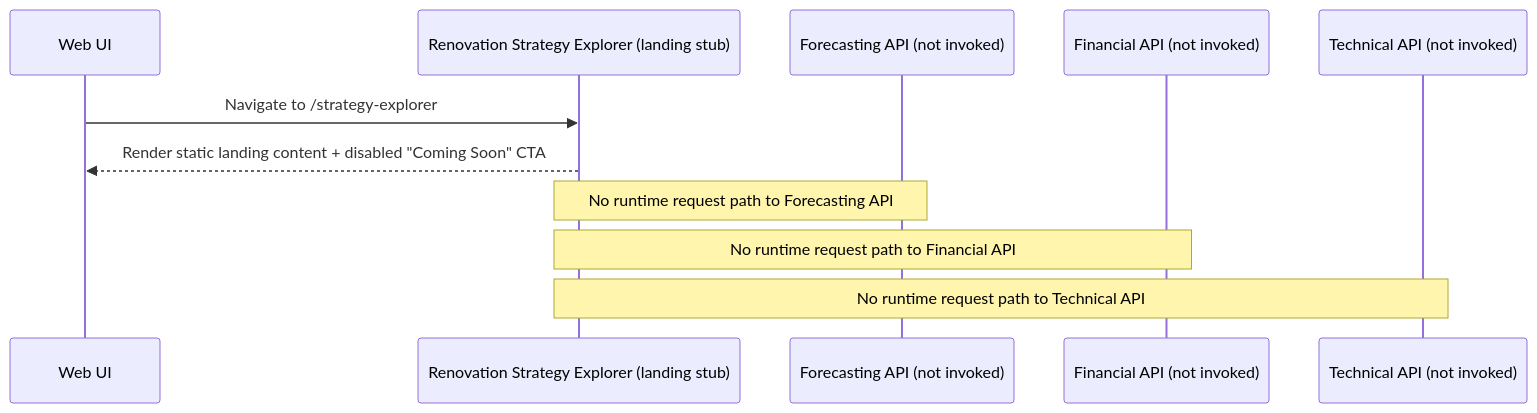
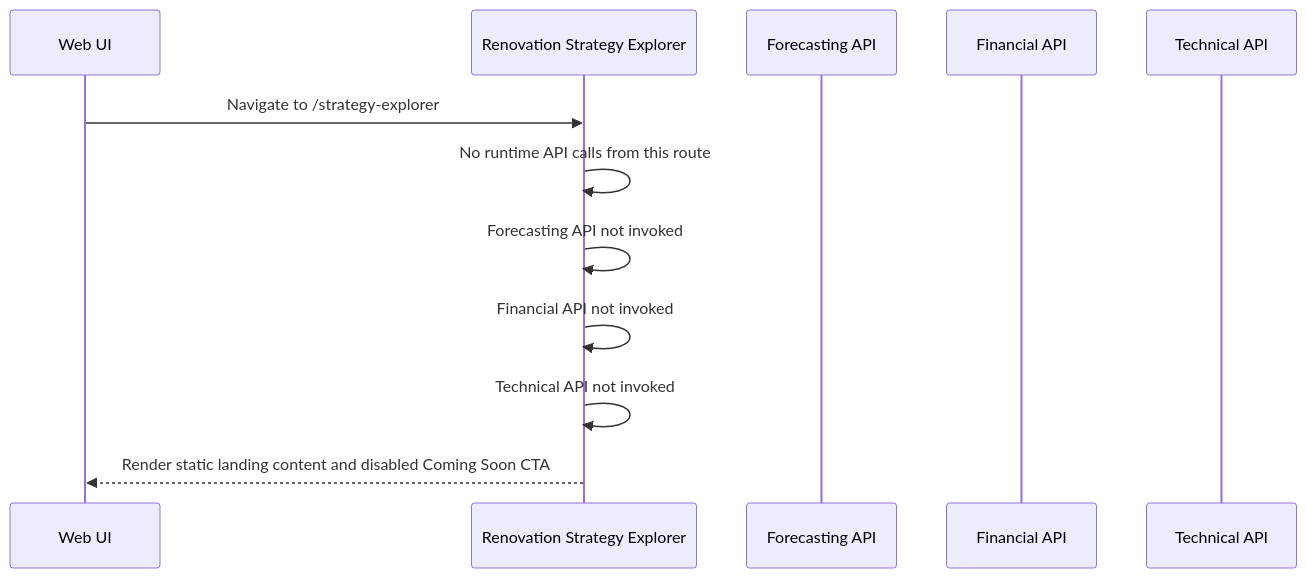
Before and after one commit to ReLIFE-Project-EU/relife-web-ui: the fifth of 6 diagrams in README.md, drawn with Mermaid. The commit also changed other lines of this file, not shown here.

Commit message:
📝 Update README to add flow diagrams

````diff
--- a/README.md
+++ b/README.md
@@ -99,14 +177,15 @@
 ```mermaid
 sequenceDiagram
     participant UI as Web UI
-    participant RSE as Renovation Strategy Explorer (landing stub)
-    participant FCAST as Forecasting API (not invoked)
-    participant FIN as Financial API (not invoked)
-    participant TECH as Technical API (not invoked)
+    participant RSE as Renovation Strategy Explorer
+    participant FCAST as Forecasting API
+    participant FIN as Financial API
+    participant TECH as Technical API
 
     UI->>RSE: Navigate to /strategy-explorer
-    RSE-->>UI: Render static landing content + disabled "Coming Soon" CTA
-    Note over RSE,FCAST: No runtime request path to Forecasting API
-    Note over RSE,FIN: No runtime request path to Financial API
-    Note over RSE,TECH: No runtime request path to Technical API
+    RSE->>RSE: No runtime API calls from this route
+    RSE->>RSE: Forecasting API not invoked
+    RSE->>RSE: Financial API not invoked
+    RSE->>RSE: Technical API not invoked
+    RSE-->>UI: Render static landing content and disabled Coming Soon CTA
 ```
````
